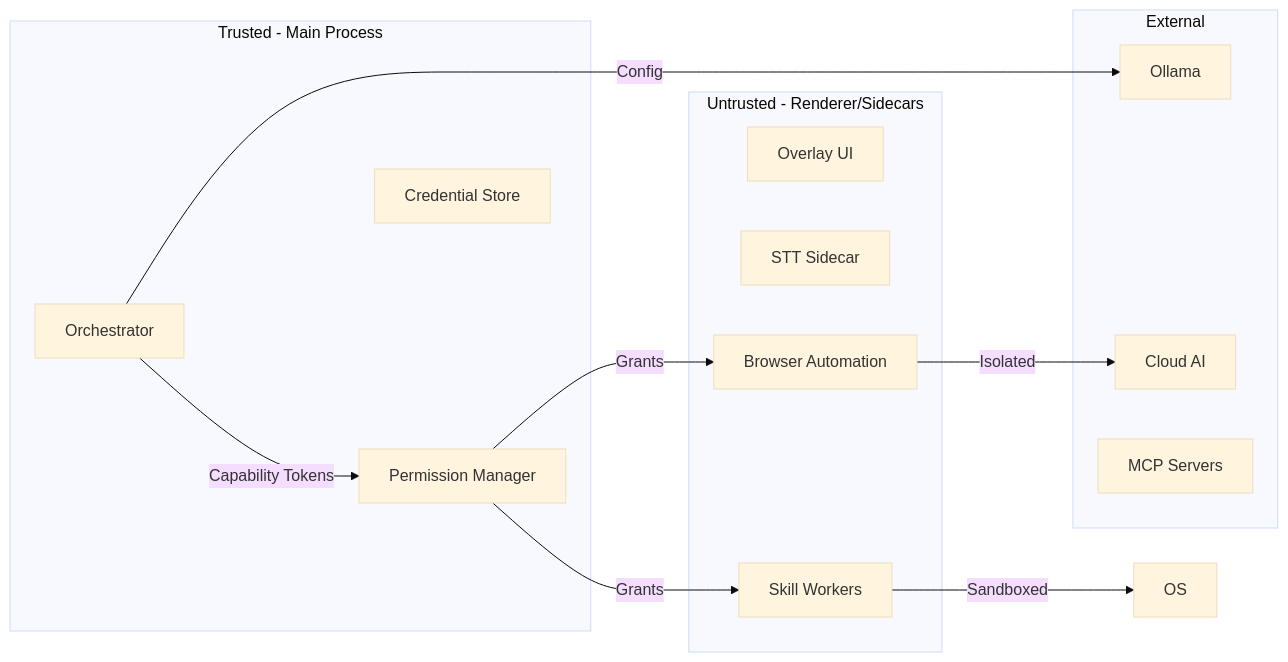
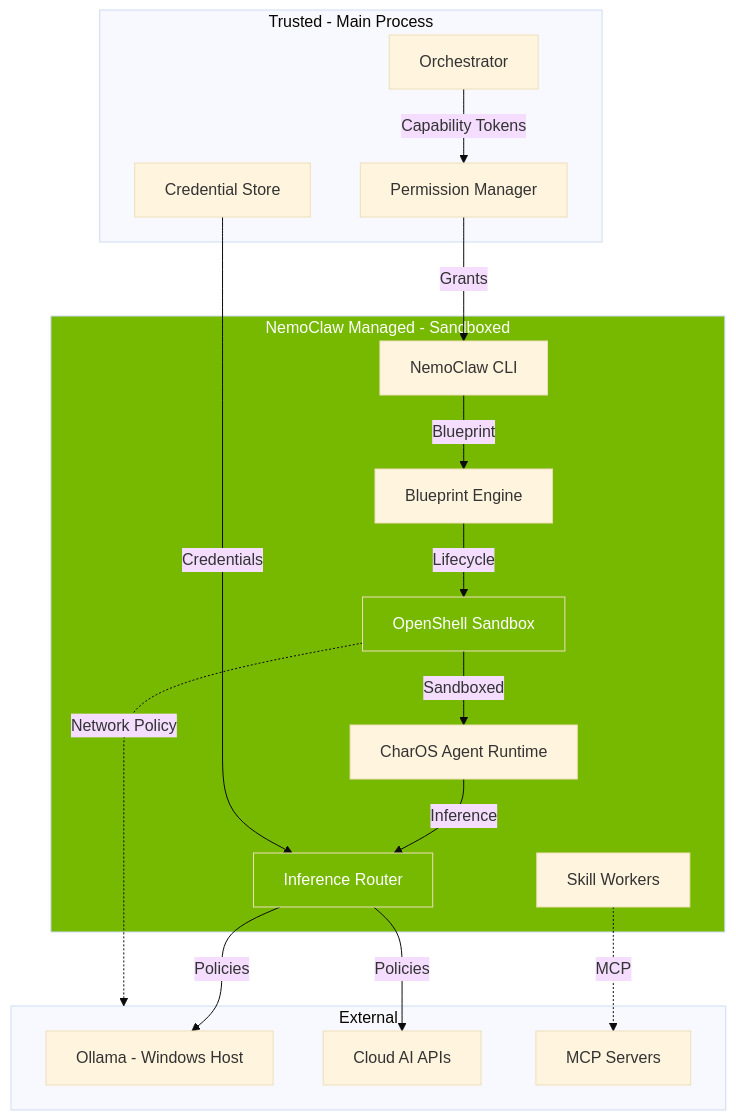
The sixth of 10 diagrams in docs/01_ARCHITECTURE.md (Noobi-Programmer/CharOS), drawn with Mermaid (base theme) before and after one commit. The commit also changed other lines of this file and 3 other files, not shown here.

Commit message:
feat: integrate NemoClaw as foundation layer for sandboxed agent runtime

````diff
--- a/docs/01_ARCHITECTURE.md
+++ b/docs/01_ARCHITECTURE.md
@@ -498,28 +566,39 @@
 ```mermaid
-graph LR
+graph TB
     subgraph Trusted[Trusted - Main Process]
         Core[Orchestrator]
         Permissions[Permission Manager]
         Keyring[Credential Store]
     end
 
-    subgraph Untrusted[Untrusted - Renderer/Sidecars]
-        UI[Overlay UI]
-        STT[STT Sidecar]
-        Skills[Skill Workers]
-        Browser[Browser Automation]
+    subgraph NemoClawManaged[NemoClaw Managed - Sandboxed]
+        NemoCLI[NemoClaw CLI]
+        Blueprint[Blueprint Engine]
+        Inference[Inference Router]
+        Sandbox[OpenShell Sandbox]
+        Agent[CharOS Agent Runtime]
+        SkillProcs[Skill Workers]
     end
 
     subgraph External[External]
-        Ollama[Ollama]
-        Cloud[Cloud AI]
+        Ollama[Ollama - Windows Host]
+        Cloud[Cloud AI APIs]
         MCP[MCP Servers]
     end
 
     Core -->|Capability Tokens| Permissions
-    Permissions -->|Grants| Skills
-    Permissions -->|Grants| Browser
-    Skills -->|Sandboxed| OS
-    Browser -->|Isolated| Cloud
-    Core -->|Config| Ollama
+    Permissions -->|Grants| NemoCLI
+    NemoCLI -->|Blueprint| Blueprint
+    Blueprint -->|Lifecycle| Sandbox
+    Sandbox -->|Sandboxed| Agent
+    Agent -->|Inference| Inference
+    Inference -->|Policies| Ollama
+    Inference -->|Policies| Cloud
+    Sandbox -.->|Network Policy| External
+    SkillProcs -.->|MCP| MCP
+    Keyring -->|Credentials| Inference
+    
+    style NemoClawManaged fill:#76b900,color:#fff
+    style Sandbox fill:#76b900,color:#fff
+    style Inference fill:#76b900,color:#fff
 ```
````
